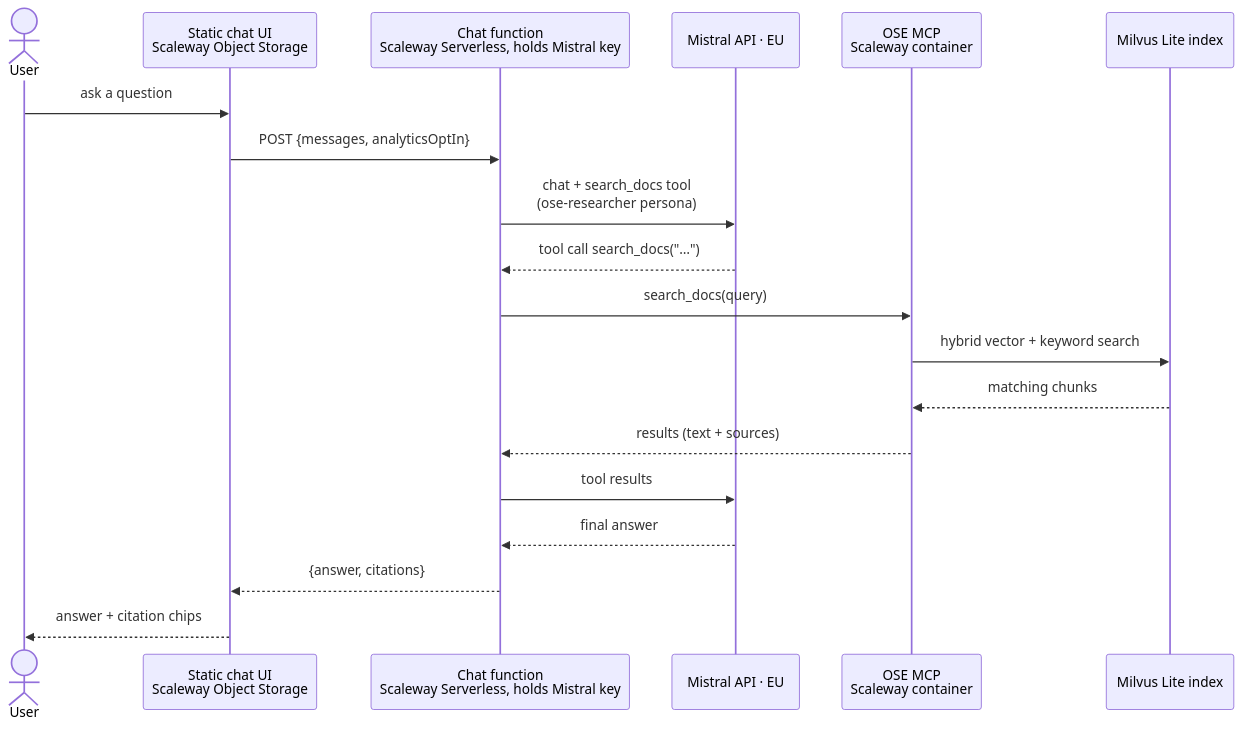
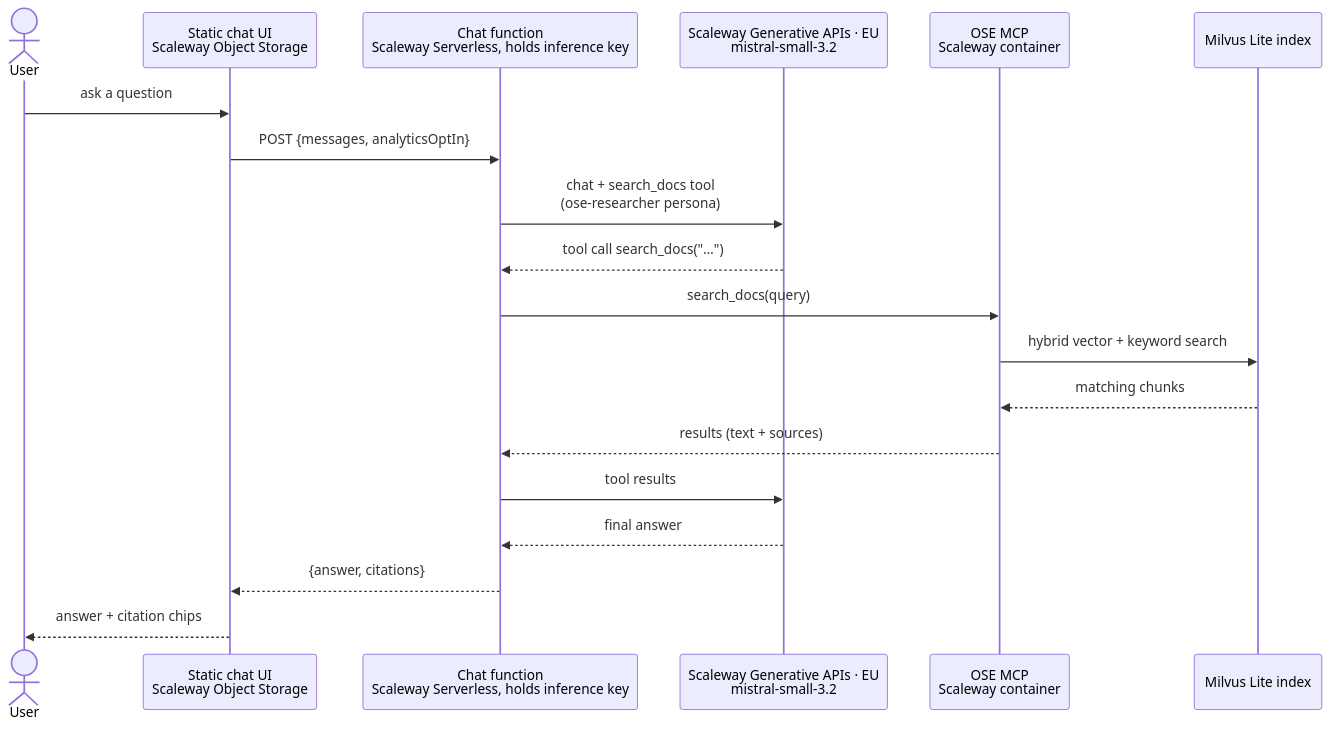
The first of 2 diagrams in docs/architecture.md (opensourceeurope/ose-knowledge-mcp), drawn with Mermaid before and after one commit. The commit also changed other lines of this file and 7 other files, not shown here.

Commit message:
feat: run chat inference on Scaleway Generative APIs (mistral-small-3.2) (#6)

````diff
--- a/docs/architecture.md
+++ b/docs/architecture.md
@@ -22,22 +22,22 @@
 ```mermaid
 sequenceDiagram
     actor User
     participant UI as Static chat UI<br/>Scaleway Object Storage
-    participant Fn as Chat function<br/>Scaleway Serverless, holds Mistral key
-    participant LLM as Mistral API · EU
+    participant Fn as Chat function<br/>Scaleway Serverless, holds inference key
+    participant LLM as Scaleway Generative APIs · EU<br/>mistral-small-3.2
     participant MCP as OSE MCP<br/>Scaleway container
     participant DB as Milvus Lite index
 
     User->>UI: ask a question
     UI->>Fn: POST {messages, analyticsOptIn}
     Fn->>LLM: chat + search_docs tool<br/>(ose-researcher persona)
     LLM-->>Fn: tool call search_docs("…")
     Fn->>MCP: search_docs(query)
     MCP->>DB: hybrid vector + keyword search
     DB-->>MCP: matching chunks
     MCP-->>Fn: results (text + sources)
     Fn->>LLM: tool results
     LLM-->>Fn: final answer
     Fn-->>UI: {answer, citations}
     UI-->>User: answer + citation chips
 ```
````
